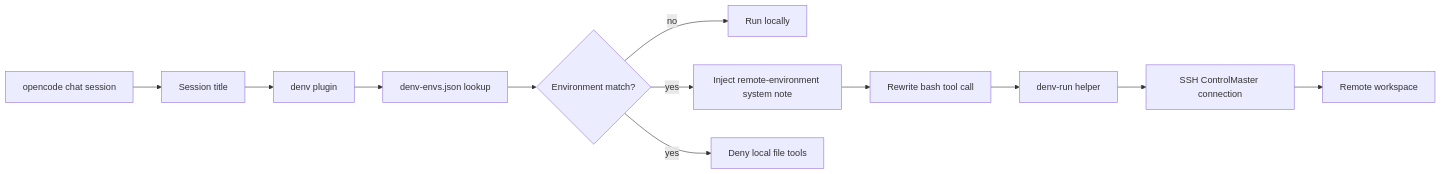
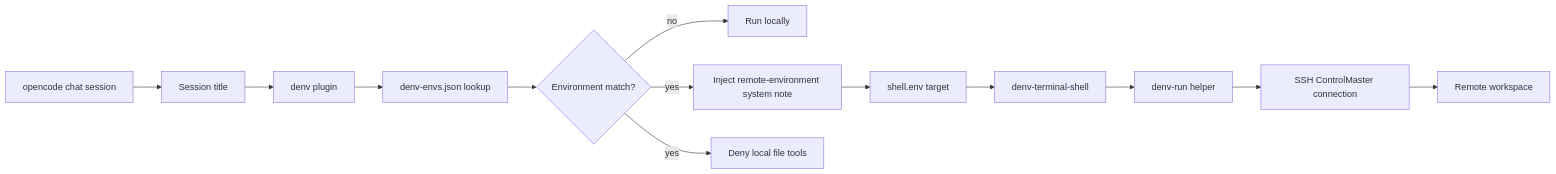
Before and after one commit to PKwhiting/opencode-denv: the diagram in README.md, drawn with Mermaid. The commit also changed other lines of this file and 6 other files, not shown here.

Commit message:
Hide remote shell transport from commands

````diff
--- a/README.md
+++ b/README.md
@@ -78,14 +76,15 @@
 ```mermaid
 flowchart LR
   A[opencode chat session] --> B[Session title]
   B --> C[denv plugin]
   C --> D[denv-envs.json lookup]
   D --> E{Environment match?}
   E -- no --> F[Run locally]
   E -- yes --> G[Inject remote-environment system note]
-  G --> H[Rewrite bash tool call]
-  H --> I[denv-run helper]
-  I --> J[SSH ControlMaster connection]
-  J --> K[Remote workspace]
-  E -- yes --> L[Deny local file tools]
+   G --> H[shell.env target]
+   H --> I[denv-terminal-shell]
+   I --> J[denv-run helper]
+   J --> K[SSH ControlMaster connection]
+   K --> L[Remote workspace]
+   E -- yes --> M[Deny local file tools]
 ```
````
